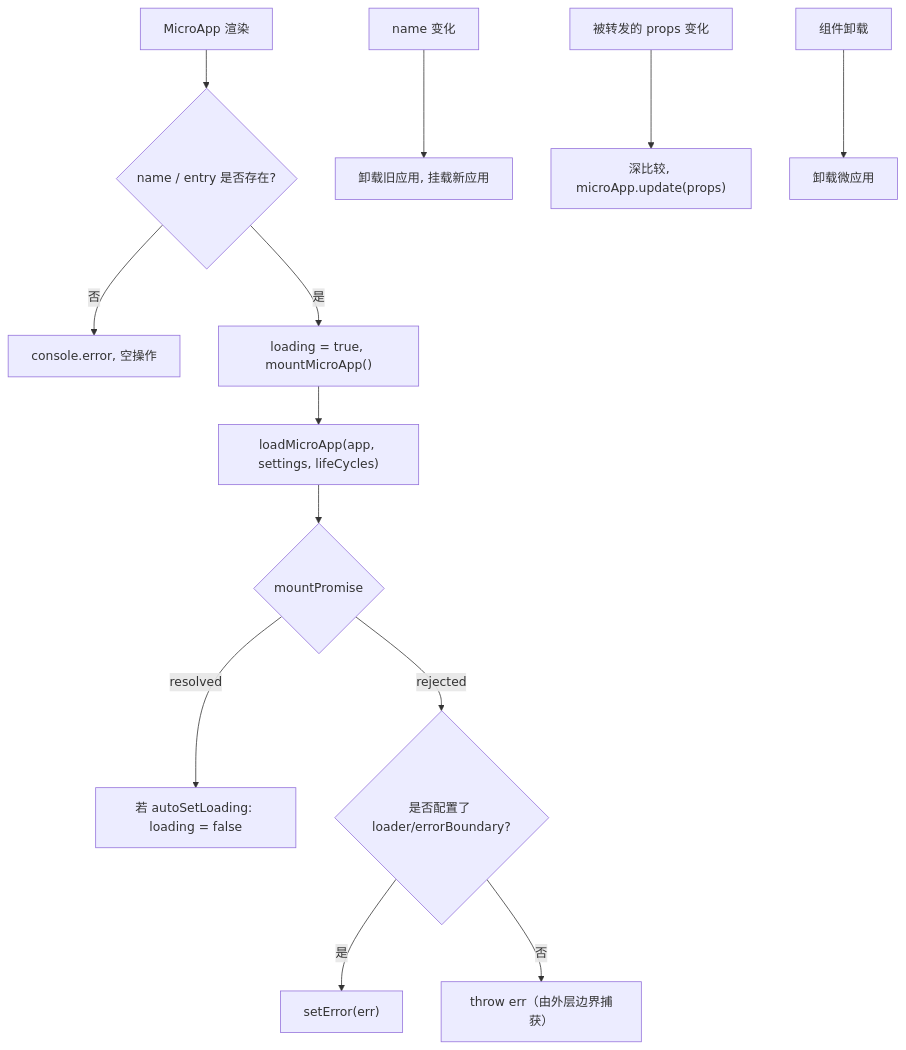
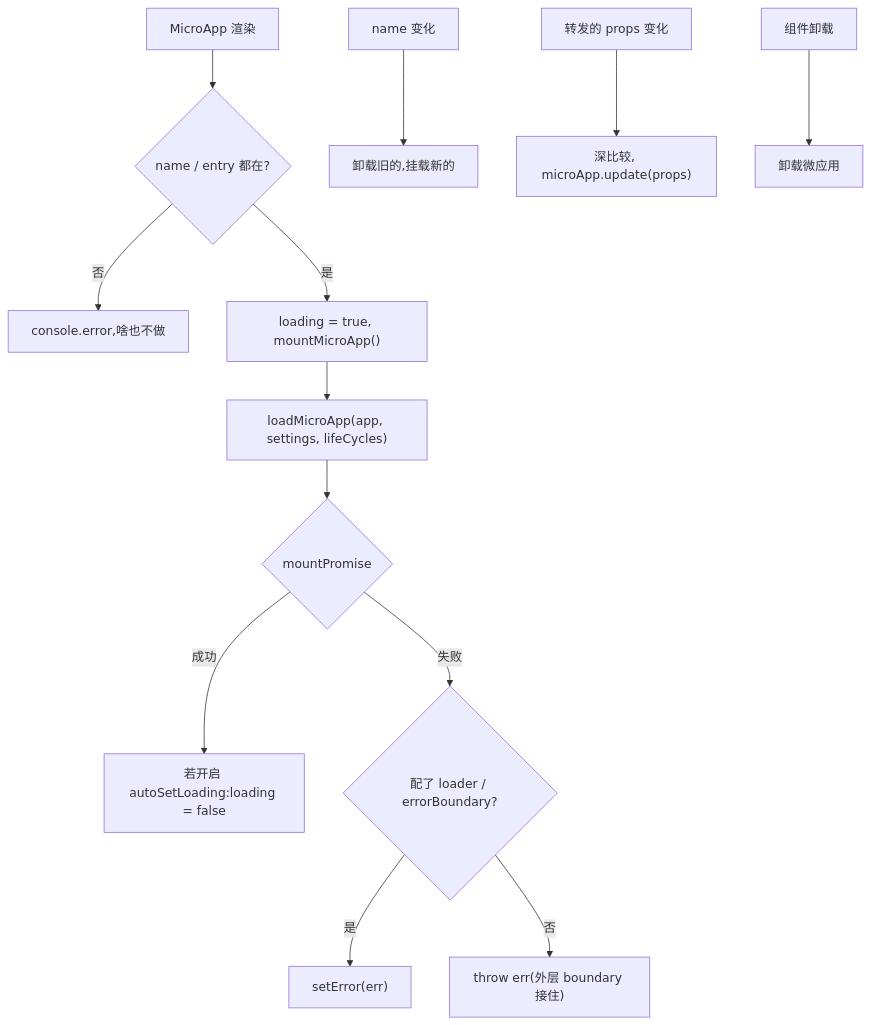
The diagram in docs/zh-CN/ecosystem/react.md (umijs/qiankun), drawn with Mermaid before and after one commit. The commit also changed other lines of this file and 63 other files, not shown here.

````diff
--- a/docs/zh-CN/ecosystem/react.md
+++ b/docs/zh-CN/ecosystem/react.md
@@ -255,15 +255,15 @@
 ```mermaid
 flowchart TD
-  A[MicroApp 渲染] --> B{name / entry 是否存在?}
-  B -- 否 --> B0[console.error, 空操作]
+  A[MicroApp 渲染] --> B{name / entry 都在?}
+  B -- 否 --> B0[console.error,啥也不做]
   B -- 是 --> C["loading = true, mountMicroApp()"]
   C --> D["loadMicroApp(app, settings, lifeCycles)"]
   D --> E{mountPromise}
-  E -- resolved --> F["若 autoSetLoading: loading = false"]
-  E -- rejected --> G{是否配置了 loader/errorBoundary?}
+  E -- 成功 --> F["若开启 autoSetLoading:loading = false"]
+  E -- 失败 --> G{配了 loader / errorBoundary?}
   G -- 是 --> H["setError(err)"]
-  G -- 否 --> I["throw err（由外层边界捕获）"]
-  J[name 变化] --> K[卸载旧应用, 挂载新应用]
-  L[被转发的 props 变化] --> M["深比较, microApp.update(props)"]
+  G -- 否 --> I["throw err(外层 boundary 接住)"]
+  J[name 变化] --> K[卸载旧的,挂载新的]
+  L[转发的 props 变化] --> M["深比较, microApp.update(props)"]
   N[组件卸载] --> O[卸载微应用]
 ```
````
